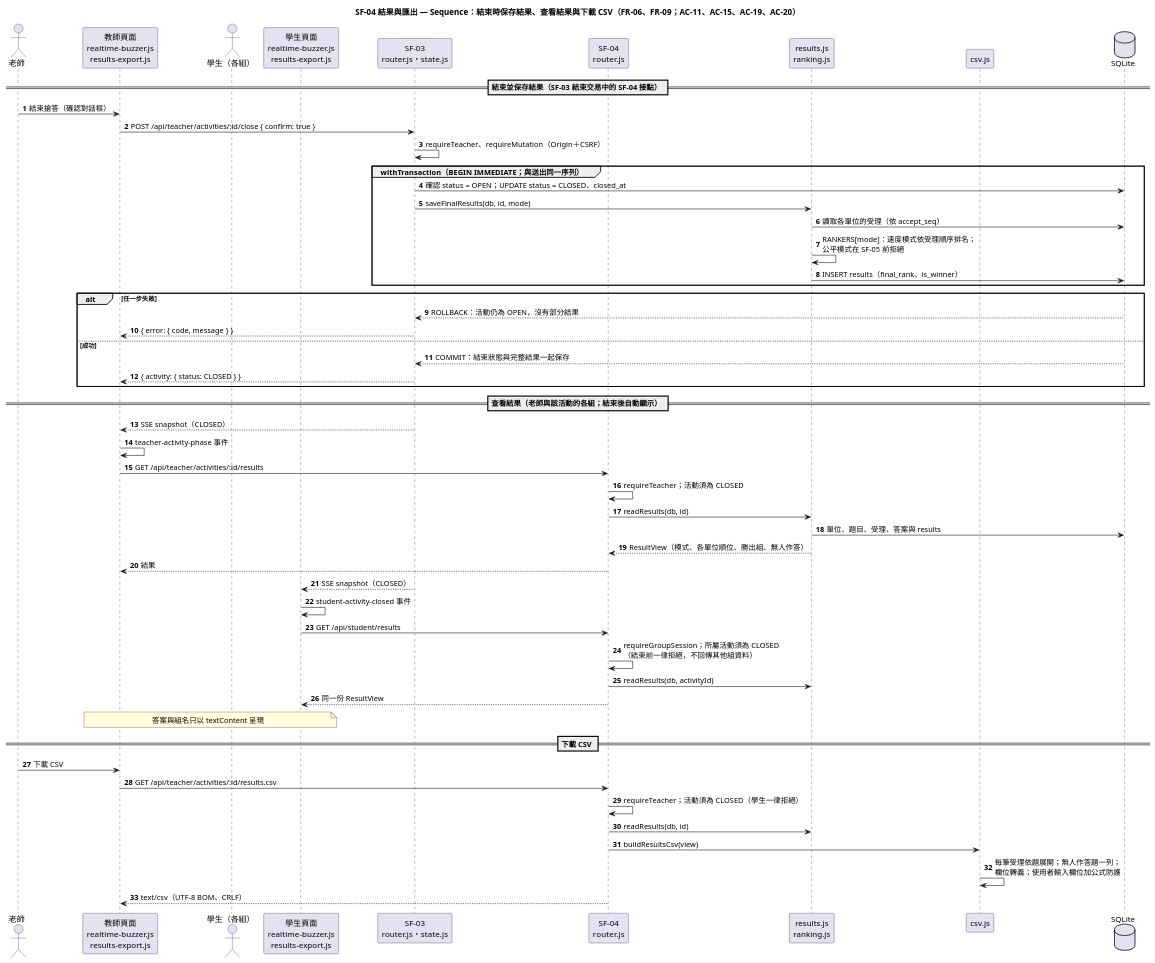
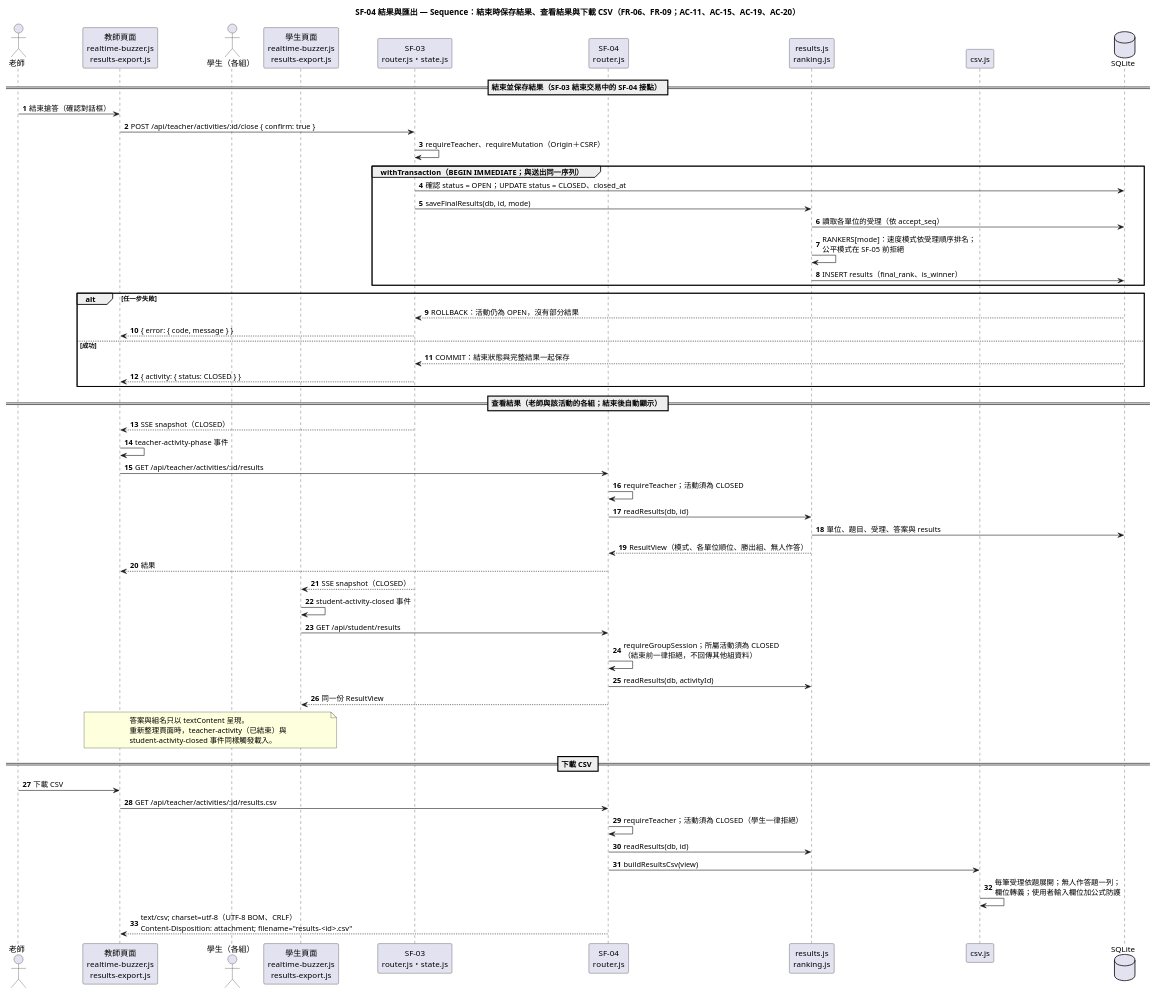
The diagram in diagrams/004-results-export-sequence.puml (tom1030507/classroom-buzzer-system-speckit), drawn with PlantUML before and after one commit. The commit also changed 11 other files, not shown here.

Commit message:
docs(diagrams): sync SF-04 and the shared data model with the implementation

```diff
--- a/diagrams/004-results-export-sequence.puml
+++ b/diagrams/004-results-export-sequence.puml
@@ -1,62 +1,65 @@
 @startuml 004-results-export-sequence
 title SF-04 結果與匯出 — Sequence：結束時保存結果、查看結果與下載 CSV（FR-06、FR-09；AC-11、AC-15、AC-19、AC-20）
 skinparam shadowing false
 skinparam sequenceMessageAlign left
 skinparam wrapWidth 300
 autonumber
 
 actor "老師" as Teacher
 participant "教師頁面\nrealtime-buzzer.js\nresults-export.js" as TeacherUI
 actor "學生（各組）" as Student
 participant "學生頁面\nrealtime-buzzer.js\nresults-export.js" as StudentUI
 participant "SF-03\nrouter.js・state.js" as Buzzer
 participant "SF-04\nrouter.js" as Router
 participant "results.js\nranking.js" as Results
 participant "csv.js" as Csv
 database "SQLite" as Db
 
 == 結束並保存結果（SF-03 結束交易中的 SF-04 接點） ==
 Teacher -> TeacherUI : 結束搶答（確認對話框）
 TeacherUI -> Buzzer : POST /api/teacher/activities/:id/close { confirm: true }
 Buzzer -> Buzzer : requireTeacher、requireMutation（Origin＋CSRF）
 group withTransaction（BEGIN IMMEDIATE；與送出同一序列）
   Buzzer -> Db : 確認 status = OPEN；UPDATE status = CLOSED、closed_at
   Buzzer -> Results : saveFinalResults(db, id, mode)
   Results -> Db : 讀取各單位的受理（依 accept_seq）
   Results -> Results : RANKERS[mode]：速度模式依受理順序排名；\n公平模式在 SF-05 前拒絕
   Results -> Db : INSERT results（final_rank、is_winner）
 end
 alt 任一步失敗
   Db --> Buzzer : ROLLBACK：活動仍為 OPEN，沒有部分結果
   Buzzer --> TeacherUI : { error: { code, message } }
 else 成功
   Db --> Buzzer : COMMIT：結束狀態與完整結果一起保存
   Buzzer --> TeacherUI : { activity: { status: CLOSED } }
 end
 
 == 查看結果（老師與該活動的各組；結束後自動顯示） ==
 Buzzer --> TeacherUI : SSE snapshot（CLOSED）
 TeacherUI -> TeacherUI : teacher-activity-phase 事件
 TeacherUI -> Router : GET /api/teacher/activities/:id/results
 Router -> Router : requireTeacher；活動須為 CLOSED
 Router -> Results : readResults(db, id)
 Results -> Db : 單位、題目、受理、答案與 results
 Results --> Router : ResultView（模式、各單位順位、勝出組、無人作答）
 Router --> TeacherUI : 結果
 Buzzer --> StudentUI : SSE snapshot（CLOSED）
 StudentUI -> StudentUI : student-activity-closed 事件
 StudentUI -> Router : GET /api/student/results
 Router -> Router : requireGroupSession；所屬活動須為 CLOSED\n（結束前一律拒絕，不回傳其他組資料）
 Router -> Results : readResults(db, activityId)
 Router --> StudentUI : 同一份 ResultView
-note over TeacherUI, StudentUI : 答案與組名只以 textContent 呈現
+note over TeacherUI, StudentUI
+  答案與組名只以 textContent 呈現。
+  重新整理頁面時，teacher-activity（已結束）與 student-activity-closed 事件同樣觸發載入。
+end note
 
 == 下載 CSV ==
 Teacher -> TeacherUI : 下載 CSV
 TeacherUI -> Router : GET /api/teacher/activities/:id/results.csv
 Router -> Router : requireTeacher；活動須為 CLOSED（學生一律拒絕）
 Router -> Results : readResults(db, id)
 Router -> Csv : buildResultsCsv(view)
 Csv -> Csv : 每筆受理依題展開；無人作答題一列；\n欄位轉義；使用者輸入欄位加公式防護
-Router --> TeacherUI : text/csv（UTF-8 BOM、CRLF）
+Router --> TeacherUI : text/csv; charset=utf-8（UTF-8 BOM、CRLF）\nContent-Disposition: attachment; filename="results-<id>.csv"
 @enduml
```
